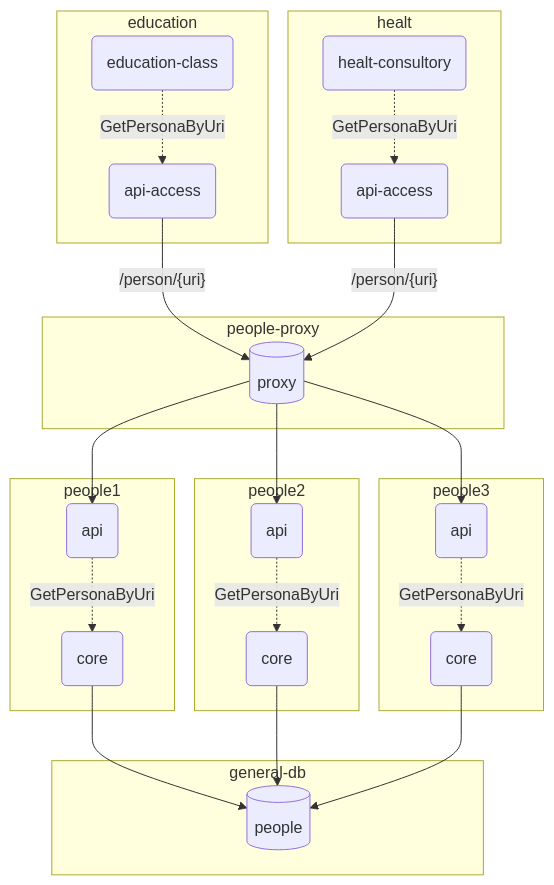
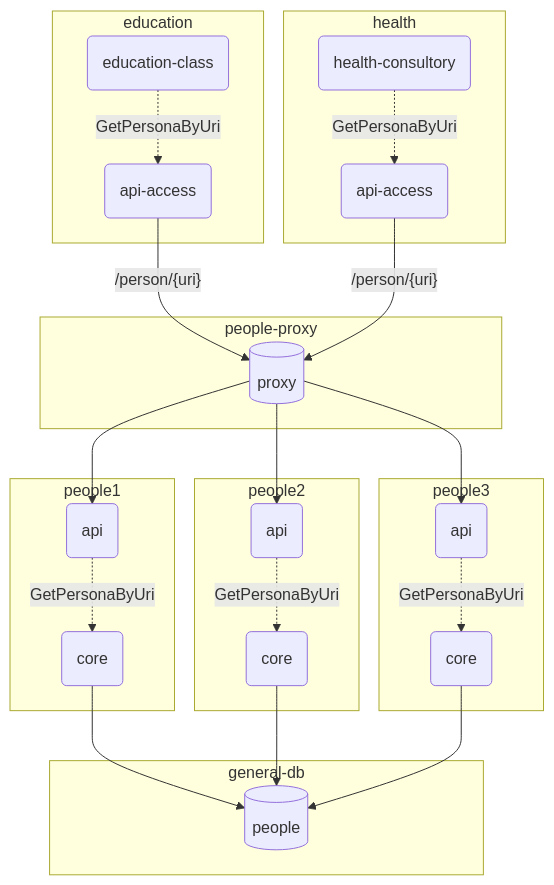
The fourth of 4 diagrams in README.md (anibalanto/people-multiproject), drawn with Mermaid before and after one commit. The commit also changed other lines of this file and 60 other files, not shown here.

````diff
--- a/README.md
+++ b/README.md
@@ -161,56 +161,56 @@
 ```mermaid
 graph TB
 %% Definición de subgráficos para organizar los componentes
 subgraph education
 e1(education-class)
 e2(api-access)
 end
 
-subgraph healt
-h1(healt-consultory)
+subgraph health
+h1(health-consultory)
 h2(api-access)
 end
 
 subgraph people-proxy
 pr[(proxy)]
 end
 
 subgraph people1
 p11(api)
 p12(core)
 end
 
 subgraph people2
 p21(api)
 p22(core)
 end
 
 subgraph people3
 p31(api)
 p32(core)
 end
 
 subgraph general-db
 db[(people)]
 end
 
 %% Relaciones entre componentes
 e1 -.GetPersonaByUri.-> e2
 e2 --/person/{uri}--> pr
 
 h1 -.GetPersonaByUri.-> h2
 h2 --"/person/{uri}"--> pr
 
 pr --> p11
 pr --> p21
 pr --> p31
     
 p11 -.GetPersonaByUri.-> p12
 p12 --> db
 
 p21 -.GetPersonaByUri.-> p22
 p22 --> db
 
 p31 -.GetPersonaByUri.-> p32
 p32 --> db
 ```
````
